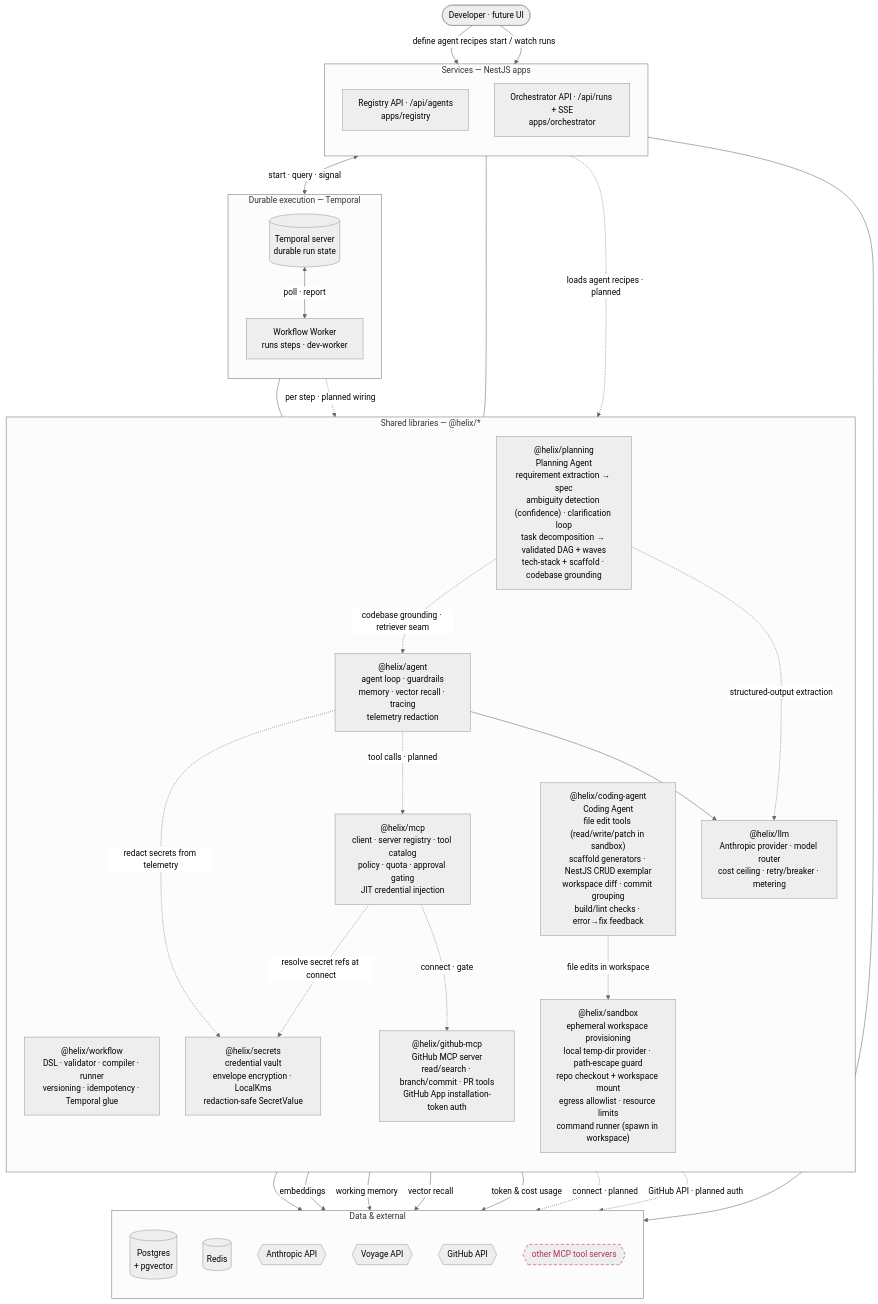
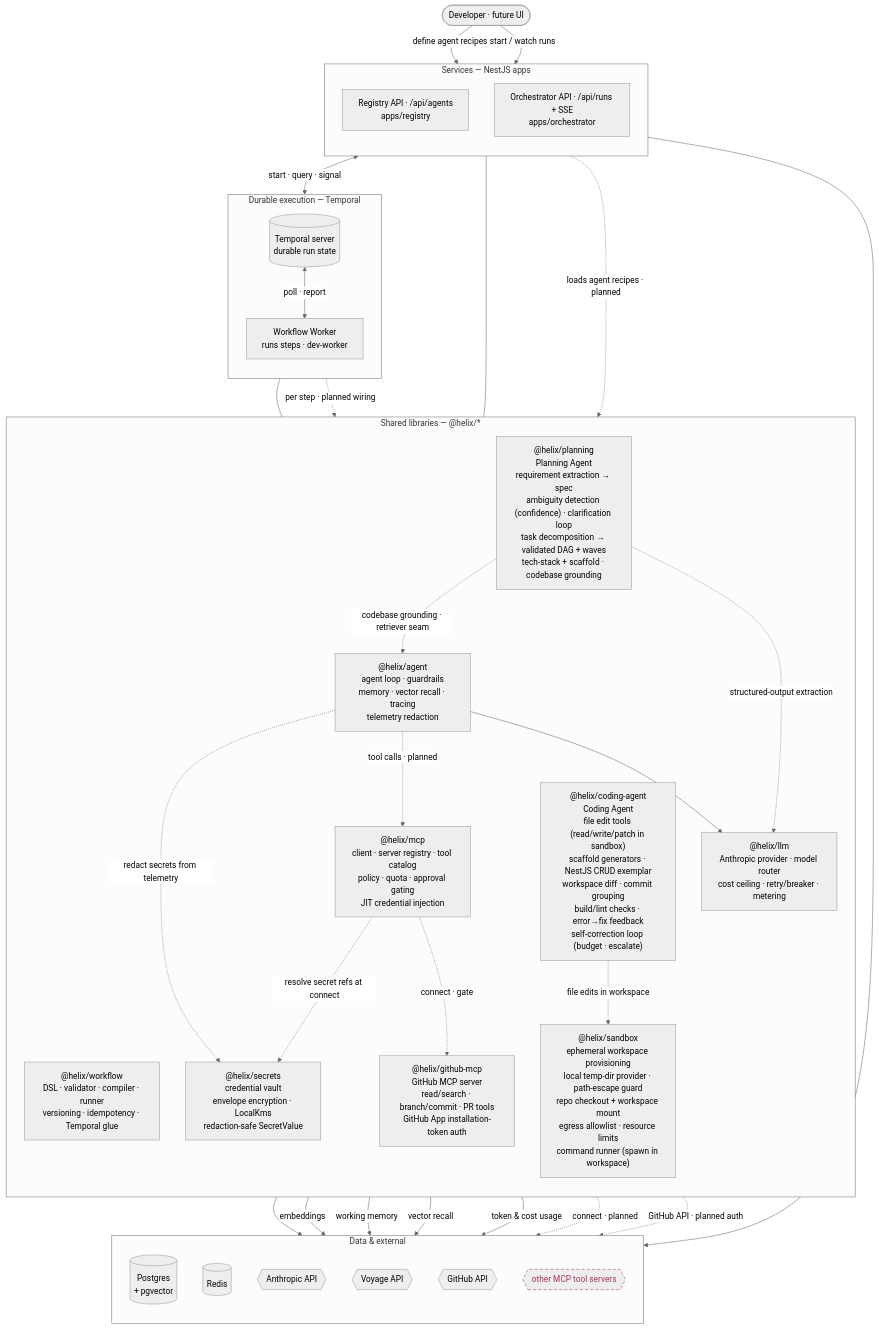
Before and after one commit to shhashhank/helix: the first of 2 diagrams in docs/ARCHITECTURE.md, drawn with Mermaid (neutral theme). The commit also changed 4 other files, not shown here.

First line of the commit message:
HELIX-108: iteration budget + bail-out (self-correction loop) (#70)

````diff
--- a/docs/ARCHITECTURE.md
+++ b/docs/ARCHITECTURE.md
@@ -16,67 +16,67 @@
 ```mermaid
 flowchart TB
   user([Developer · future UI])
 
   subgraph svc["Services — NestJS apps"]
     direction TB
     reg["Registry API · /api/agents<br/>apps/registry"]
     orc["Orchestrator API · /api/runs + SSE<br/>apps/orchestrator"]
   end
 
   subgraph dur["Durable execution — Temporal"]
     direction TB
     tmp[("Temporal server<br/>durable run state")]
     wkr["Workflow Worker<br/>runs steps · dev-worker"]
   end
 
   subgraph lib["Shared libraries — @helix/*"]
     direction TB
     wf["@helix/workflow<br/>DSL · validator · compiler · runner<br/>versioning · idempotency · Temporal glue"]
     ag["@helix/agent<br/>agent loop · guardrails<br/>memory · vector recall · tracing<br/>telemetry redaction"]
     lm["@helix/llm<br/>Anthropic provider · model router<br/>cost ceiling · retry/breaker · metering"]
     mc["@helix/mcp<br/>client · server registry · tool catalog<br/>policy · quota · approval gating<br/>JIT credential injection"]
     gh["@helix/github-mcp<br/>GitHub MCP server<br/>read/search · branch/commit · PR tools<br/>GitHub App installation-token auth"]
     sec["@helix/secrets<br/>credential vault<br/>envelope encryption · LocalKms<br/>redaction-safe SecretValue"]
     pl["@helix/planning<br/>Planning Agent<br/>requirement extraction → spec<br/>ambiguity detection (confidence) · clarification loop<br/>task decomposition → validated DAG + waves<br/>tech-stack + scaffold · codebase grounding"]
     sbx["@helix/sandbox<br/>ephemeral workspace provisioning<br/>local temp-dir provider · path-escape guard<br/>repo checkout + workspace mount<br/>egress allowlist · resource limits<br/>command runner (spawn in workspace)"]
-    cag["@helix/coding-agent<br/>Coding Agent<br/>file edit tools (read/write/patch in sandbox)<br/>scaffold generators · NestJS CRUD exemplar<br/>workspace diff · commit grouping<br/>build/lint checks · error→fix feedback"]
+    cag["@helix/coding-agent<br/>Coding Agent<br/>file edit tools (read/write/patch in sandbox)<br/>scaffold generators · NestJS CRUD exemplar<br/>workspace diff · commit grouping<br/>build/lint checks · error→fix feedback<br/>self-correction loop (budget · escalate)"]
   end
 
   subgraph dat["Data & external"]
     direction TB
     pg[("Postgres<br/>+ pgvector")]
     rd[("Redis")]
     an{{Anthropic API}}
     vo{{Voyage API}}
     gha{{GitHub API}}
     ext{{other MCP tool servers}}
   end
 
   user -->|define agent recipes| reg
   user -->|start / watch runs| orc
   reg --> pg
   orc <-->|start · query · signal| tmp
   tmp <-->|poll · report| wkr
   wkr --- wf
   orc --- wf
   wkr -.->|per step · planned wiring| ag
   reg -.->|loads agent recipes · planned| ag
   ag --> lm
   ag -.->|tool calls · planned| mc
   lm --> an
   ag -->|embeddings| vo
   ag -->|working memory| rd
   ag -->|vector recall| pg
   lm -->|token & cost usage| pg
   mc -.->|connect · gate| gh
   mc -.->|connect · planned| ext
   mc -.->|resolve secret refs at connect| sec
   ag -.->|redact secrets from telemetry| sec
   pl -.->|structured-output extraction| lm
   pl -.->|codebase grounding · retriever seam| ag
   cag -.->|file edits in workspace| sbx
   gh -.->|GitHub API · planned auth| gha
 
   classDef planned stroke-dasharray:6 4,stroke:#a36,color:#a36;
   class ext planned;
 ```
````
